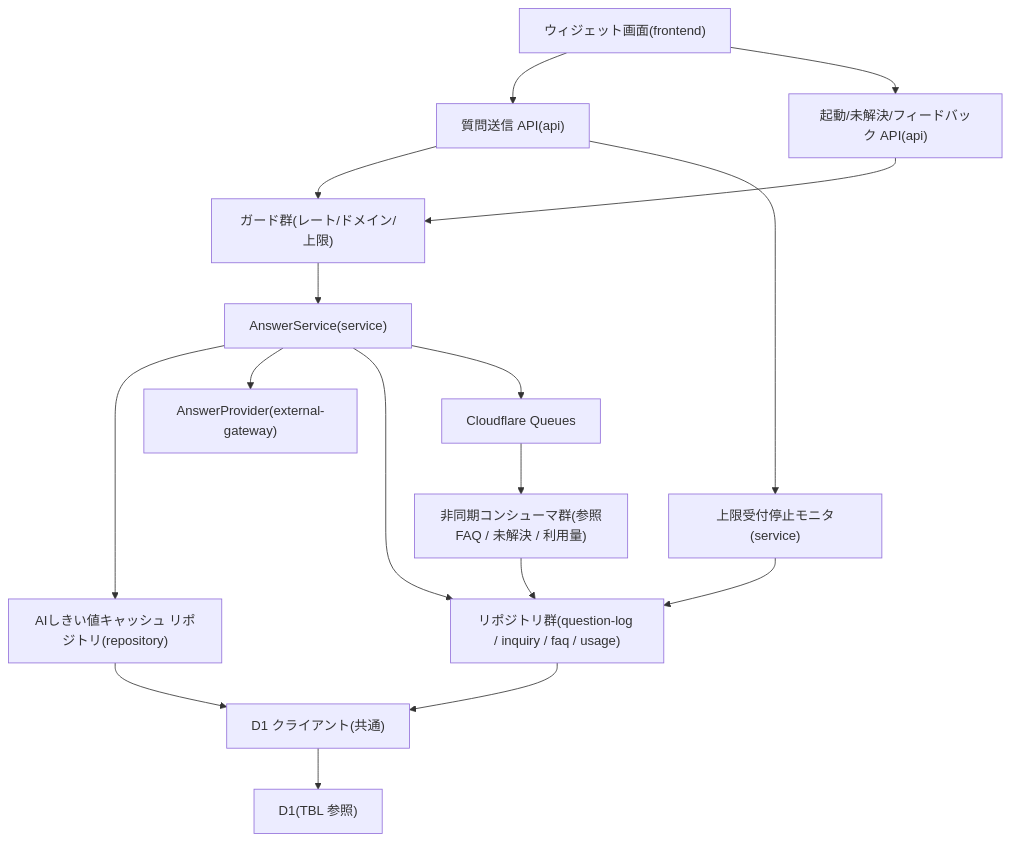
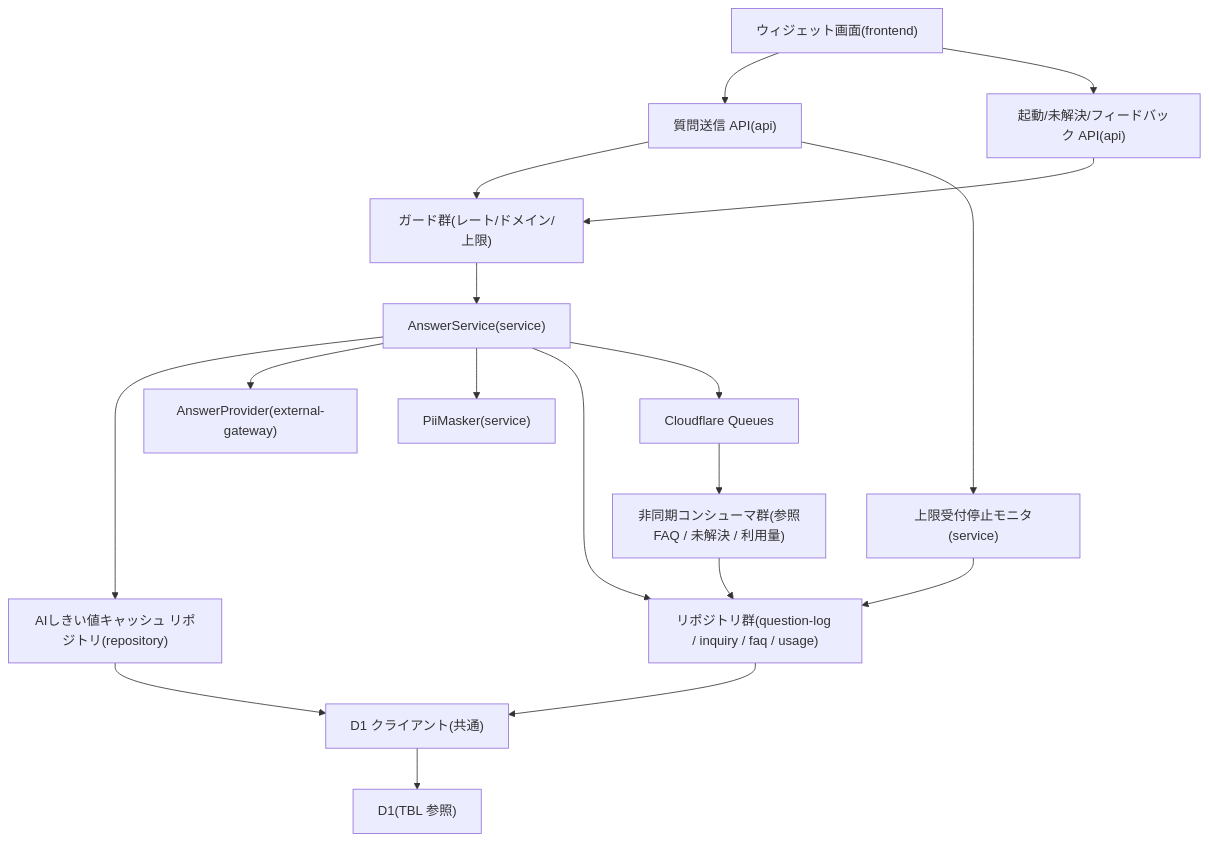
The diagram in 03_detail_design/11_module/MOD-001.md (sikakou54/open-faq), drawn with Mermaid before and after one commit. The commit also changed other lines of this file and 29 other files, not shown here.

````diff
--- a/03_detail_design/11_module/MOD-001.md
+++ b/03_detail_design/11_module/MOD-001.md
@@ -47,32 +48,34 @@
 ```mermaid
 flowchart TB
     M01["ウィジェット画面(frontend)"]
     M02["質問送信 API(api)"]
     M03["起動/未解決/フィードバック API(api)"]
     G["ガード群(レート/ドメイン/上限)"]
     M04["AnswerService(service)"]
+    M04a["PiiMasker(service)"]
     M11["AIしきい値キャッシュ リポジトリ(repository)"]
     M14["上限受付停止モニタ(service)"]
     M05["AnswerProvider(external-gateway)"]
     REPO["リポジトリ群(question-log / inquiry / faq / usage)"]
     M10["D1 クライアント(共通)"]
     Q["Cloudflare Queues"]
     CONS["非同期コンシューマ群(参照FAQ / 未解決 / 利用量)"]
     DB["D1(TBL 参照)"]
     M01 --> M02
     M01 --> M03
     M02 --> G
     M03 --> G
     G --> M04
     M02 --> M14
     M04 --> M11
     M04 --> M05
+    M04 --> M04a
     M04 --> REPO
     M04 --> Q
     REPO --> M10
     M11 --> M10
     M14 --> REPO
     M10 --> DB
     Q --> CONS
     CONS --> REPO
 ```
````
